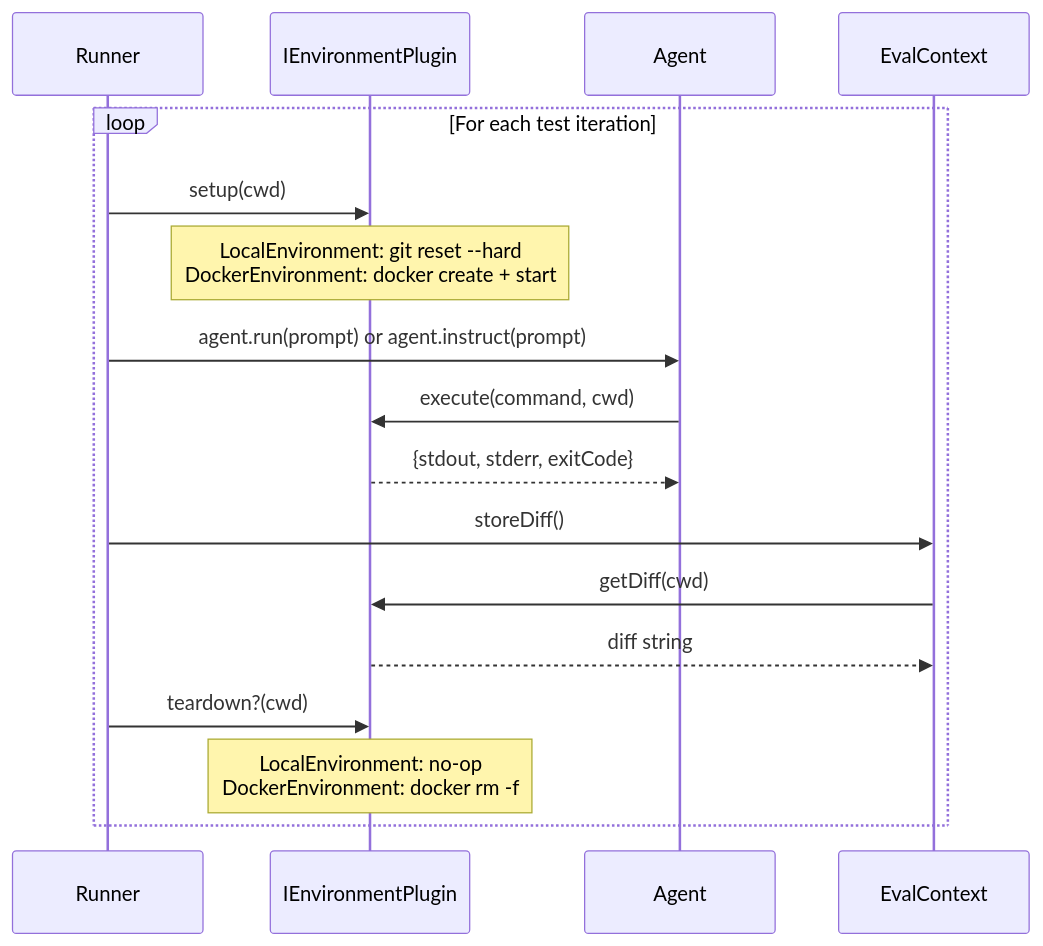
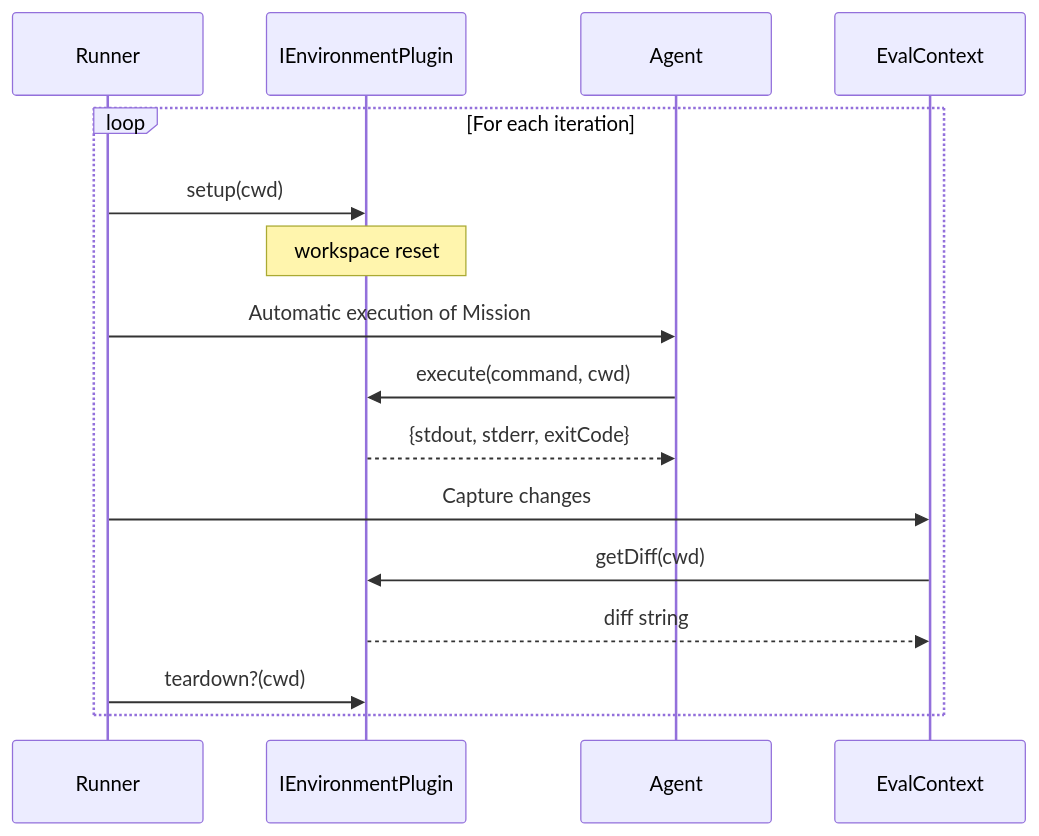
The diagram in apps/docs/guide/plugins-environments.md (Tlahey/agent-eval), drawn with Mermaid before and after one commit. The commit also changed other lines of this file and 59 other files, not shown here.

````diff
--- a/apps/docs/guide/plugins-environments.md
+++ b/apps/docs/guide/plugins-environments.md
@@ -144,23 +82,22 @@
 ```mermaid
 sequenceDiagram
     participant R as Runner
     participant E as IEnvironmentPlugin
     participant A as Agent
     participant C as EvalContext
 
-    loop For each test iteration
+    loop For each iteration
         R->>E: setup(cwd)
-        Note over E: LocalEnvironment: git reset --hard<br/>DockerEnvironment: docker create + start
+        Note over E: workspace reset
 
-        R->>A: agent.run(prompt) or agent.instruct(prompt)
+        R->>A: Automatic execution of Mission
         A->>E: execute(command, cwd)
         E-->>A: {stdout, stderr, exitCode}
 
-        R->>C: storeDiff()
+        R->>C: Capture changes
         C->>E: getDiff(cwd)
         E-->>C: diff string
 
         R->>E: teardown?(cwd)
-        Note over E: LocalEnvironment: no-op<br/>DockerEnvironment: docker rm -f
     end
 ```
````
